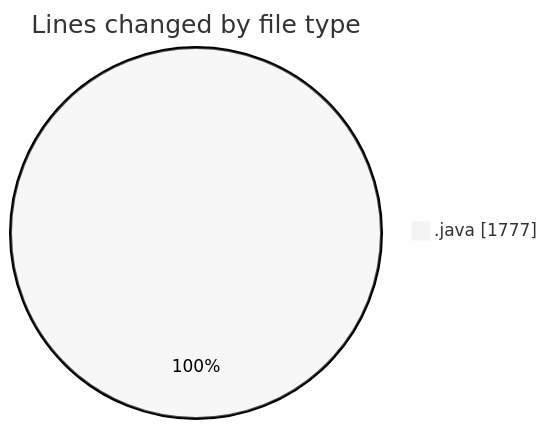
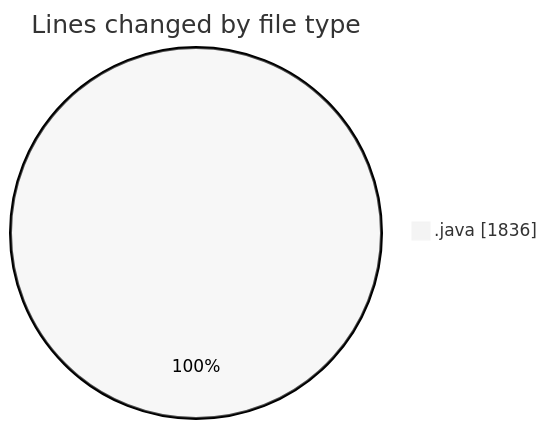
The first of 2 diagrams in 2026-09-08/cilapp/README.md (ricardozamudiocil/code-tracking), drawn with Mermaid (neutral theme) before and after one commit. The commit also changed other lines of this file and 1 other file, not shown here.

````diff
--- a/2026-09-08/cilapp/README.md
+++ b/2026-09-08/cilapp/README.md
@@ -22,5 +22,5 @@
 ```mermaid
 pie showData
 title Lines changed by file type
-".java" : 1777
+".java" : 1836
 ```
````
